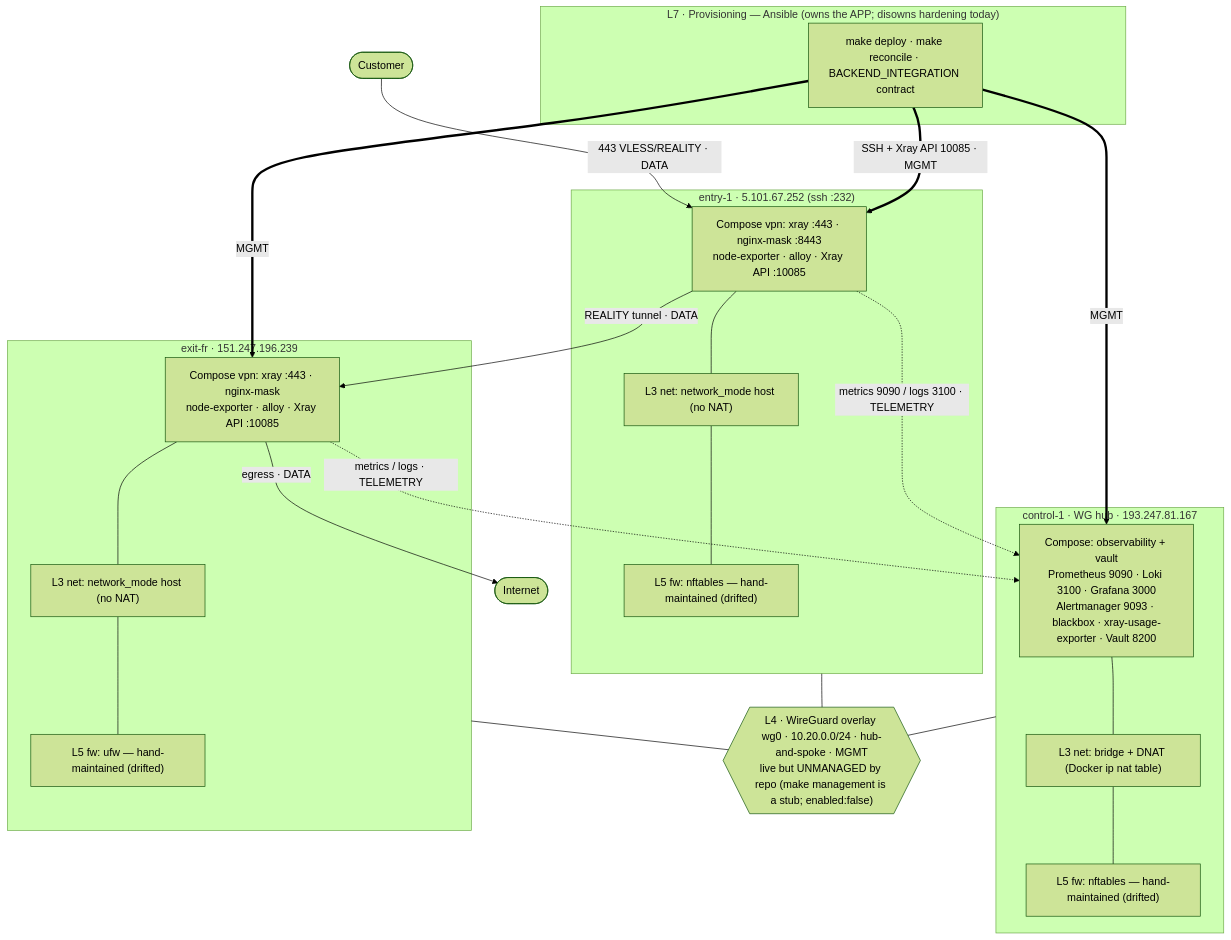
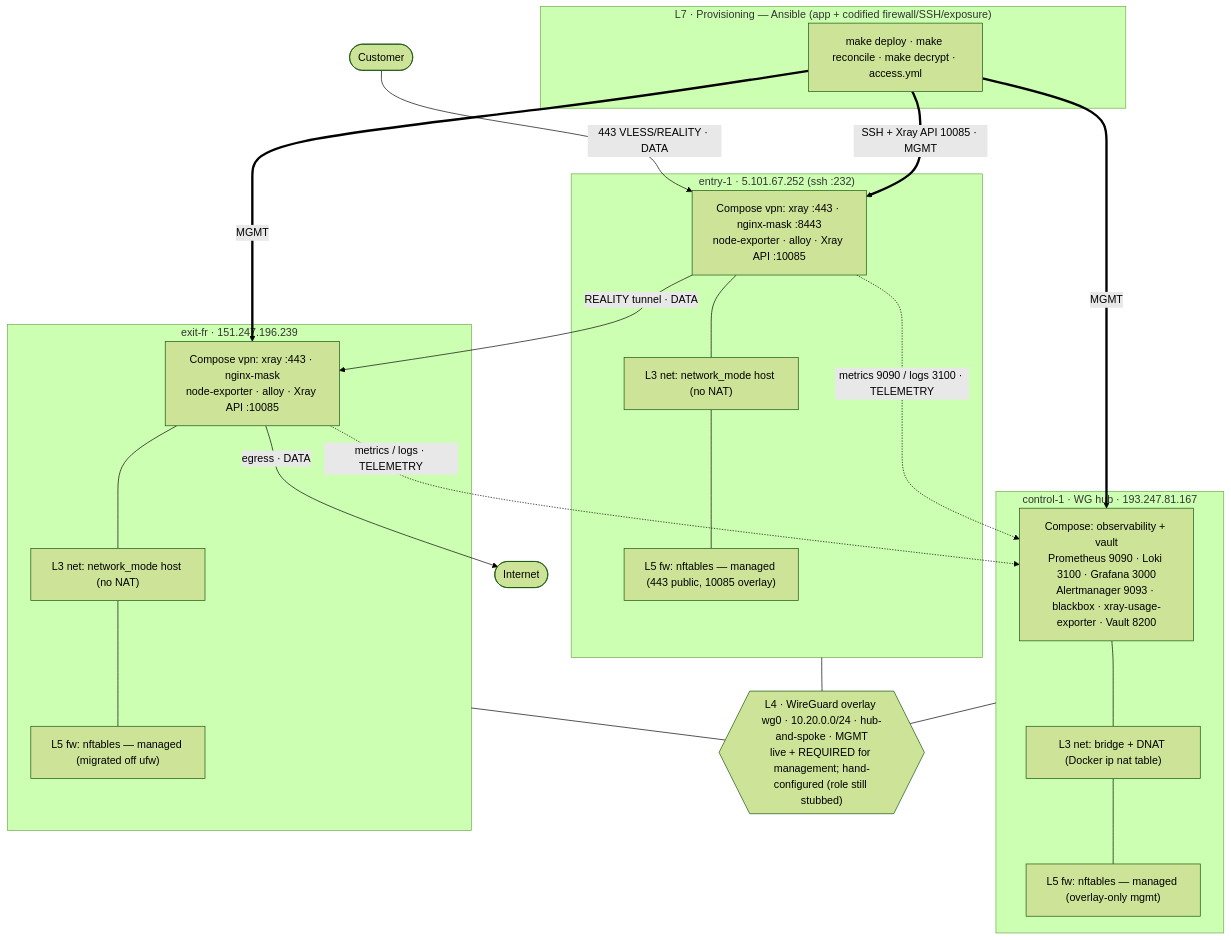
Before and after one commit to SpiritTechDevelopment/Infrastructure: the first of 3 diagrams in ARCHITECTURE.md, drawn with Mermaid (forest theme). The commit also changed other lines of this file and 9 other files, not shown here.

````diff
--- a/ARCHITECTURE.md
+++ b/ARCHITECTURE.md
@@ -56,46 +57,46 @@
 ```mermaid
 graph TB
-    subgraph PROV["L7 · Provisioning — Ansible (owns the APP; disowns hardening today)"]
-        ANS["make deploy · make reconcile · BACKEND_INTEGRATION contract"]
+    subgraph PROV["L7 · Provisioning — Ansible (app + codified firewall/SSH/exposure)"]
+        ANS["make deploy · make reconcile · make decrypt · access.yml"]
     end
 
     CUST(["Customer"])
     NET(["Internet"])
 
     subgraph CTRL["control-1 · WG hub · 193.247.81.167"]
         CTRLc["Compose: observability + vault<br/>Prometheus 9090 · Loki 3100 · Grafana 3000<br/>Alertmanager 9093 · blackbox · xray-usage-exporter · Vault 8200"]
         CTRLnet["L3 net: bridge + DNAT (Docker ip nat table)"]
-        CTRLfw["L5 fw: nftables — hand-maintained (drifted)"]
+        CTRLfw["L5 fw: nftables — managed (overlay-only mgmt)"]
         CTRLc --- CTRLnet --- CTRLfw
     end
 
     subgraph ENTRY["entry-1 · 5.101.67.252 (ssh :232)"]
         ENTRYc["Compose vpn: xray :443 · nginx-mask :8443<br/>node-exporter · alloy · Xray API :10085"]
         ENTRYnet["L3 net: network_mode host (no NAT)"]
-        ENTRYfw["L5 fw: nftables — hand-maintained (drifted)"]
+        ENTRYfw["L5 fw: nftables — managed (443 public, 10085 overlay)"]
         ENTRYc --- ENTRYnet --- ENTRYfw
     end
 
     subgraph EXIT["exit-fr · 151.247.196.239"]
         EXITc["Compose vpn: xray :443 · nginx-mask<br/>node-exporter · alloy · Xray API :10085"]
         EXITnet["L3 net: network_mode host (no NAT)"]
-        EXITfw["L5 fw: ufw — hand-maintained (drifted)"]
+        EXITfw["L5 fw: nftables — managed (migrated off ufw)"]
         EXITc --- EXITnet --- EXITfw
     end
 
     CUST -->|"443 VLESS/REALITY · DATA"| ENTRYc
     ENTRYc -->|"REALITY tunnel · DATA"| EXITc
     EXITc -->|"egress · DATA"| NET
 
     ENTRYc -.->|"metrics 9090 / logs 3100 · TELEMETRY"| CTRLc
     EXITc -.->|"metrics / logs · TELEMETRY"| CTRLc
 
     ANS ==>|"SSH + Xray API 10085 · MGMT"| ENTRYc
     ANS ==>|"MGMT"| EXITc
     ANS ==>|"MGMT"| CTRLc
 
-    WG{{"L4 · WireGuard overlay wg0 · 10.20.0.0/24 · hub-and-spoke · MGMT<br/>live but UNMANAGED by repo (make management is a stub; enabled:false)"}}
+    WG{{"L4 · WireGuard overlay wg0 · 10.20.0.0/24 · hub-and-spoke · MGMT<br/>live + REQUIRED for management; hand-configured (role still stubbed)"}}
     CTRL --- WG
     ENTRY --- WG
     EXIT --- WG
 ```
````
